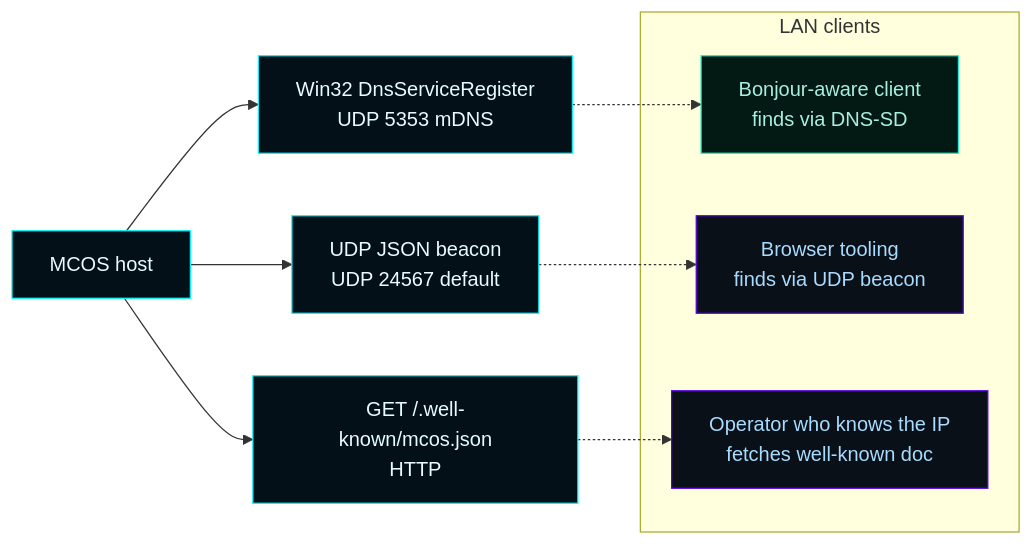
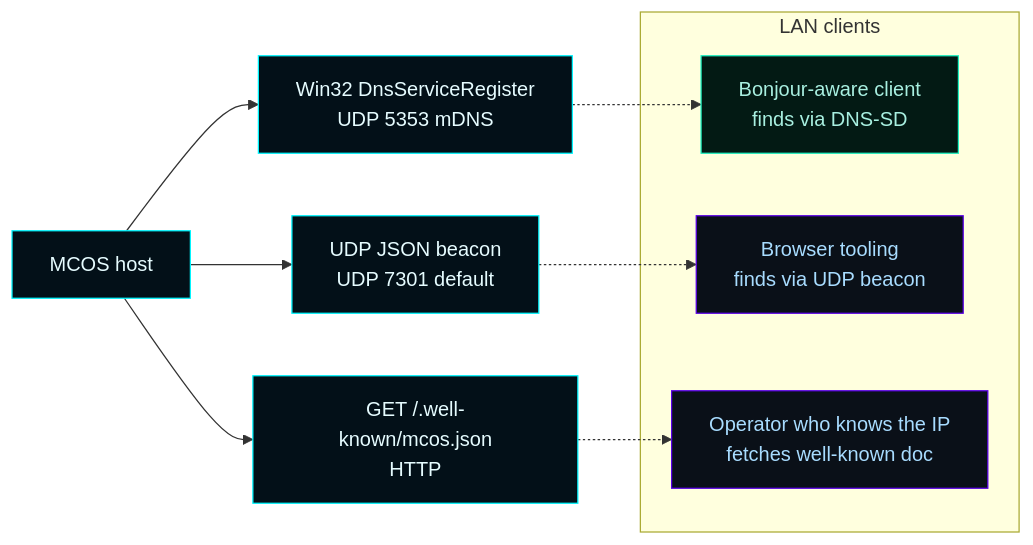
Before and after one commit to flynn33/Master-Control-Orchestration-Server: the first of 4 diagrams in docs/wiki/LAN-Discovery.md, drawn with Mermaid. The commit also changed other lines of this file and 55 other files, not shown here.

````diff
--- a/docs/wiki/LAN-Discovery.md
+++ b/docs/wiki/LAN-Discovery.md
@@ -88,25 +88,25 @@
 ```mermaid
 flowchart LR
     classDef accent fill:#031018,stroke:#00F6FF,color:#E6FCFF;
     classDef sub fill:#0a1018,stroke:#5A00E8,color:#A8DCFF;
     classDef good fill:#031a14,stroke:#1cf2c1,color:#a8efe0;
 
     Host[MCOS host]:::accent
     DnsSD[Win32 DnsServiceRegister<br/>UDP 5353 mDNS]:::accent
-    Beacon[UDP JSON beacon<br/>UDP 24567 default]:::accent
+    Beacon[UDP JSON beacon<br/>UDP 7301 default]:::accent
     HttpDoc[GET /.well-known/mcos.json<br/>HTTP]:::accent
 
     Host --> DnsSD
     Host --> Beacon
     Host --> HttpDoc
 
     subgraph LANClients[LAN clients]
         Bonjour[Bonjour-aware client<br/>finds via DNS-SD]:::good
         Beacon_Client[Browser tooling<br/>finds via UDP beacon]:::sub
         Manual[Operator who knows the IP<br/>fetches well-known doc]:::sub
     end
 
     DnsSD -.-> Bonjour
     Beacon -.-> Beacon_Client
     HttpDoc -.-> Manual
 ```
````
